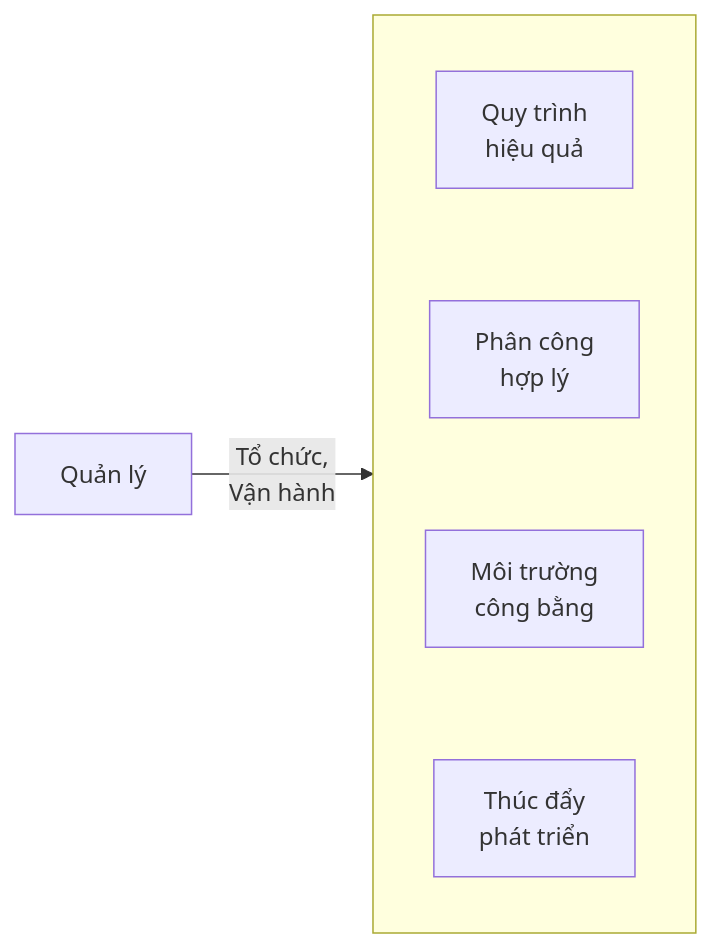
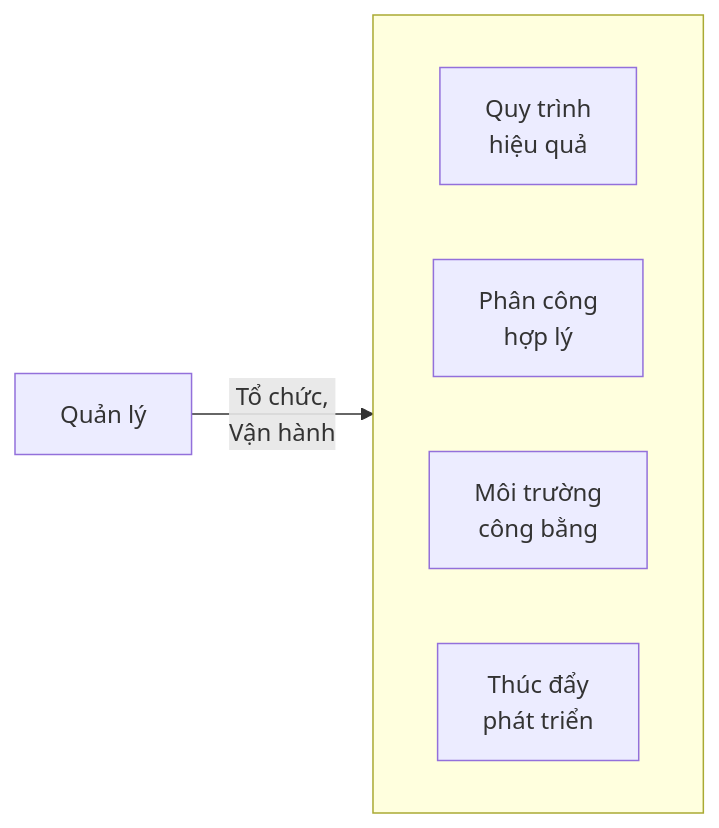
Before and after one commit to FairyHmm/notes: the third of 8 diagrams in src/site/notes/Studies/University/Year 1/T2/EM1180 - Business Culture and Entrepreneurship/Project/Summary - slides.md, drawn with Mermaid. The commit also changed other lines of this file and 1 other file, not shown here.

````diff
--- a/src/site/notes/Studies/University/Year 1/T2/EM1180 - Business Culture and Entrepreneurship/Project/Summary - slides.md
+++ b/src/site/notes/Studies/University/Year 1/T2/EM1180 - Business Culture and Entrepreneurship/Project/Summary - slides.md
@@ -262,13 +256,12 @@
 ```mermaid
 graph LR
-    A[Quản lý] -->|Tổ chức,<br/>Vận hành| B
-    
+    A[Quản lý]
     subgraph B[" "]
+        direction LR
         B1[Quy trình<br/>hiệu quả]
         B2[Phân công<br/>hợp lý]
         B3[Môi trường<br/>công bằng]
         B4[Thúc đẩy<br/>phát triển]
-        B1 ~~~ B2 ~~~ B3 ~~~ B4
     end
-
+    A -->|Tổ chức,<br/>Vận hành| B
 ```
````
